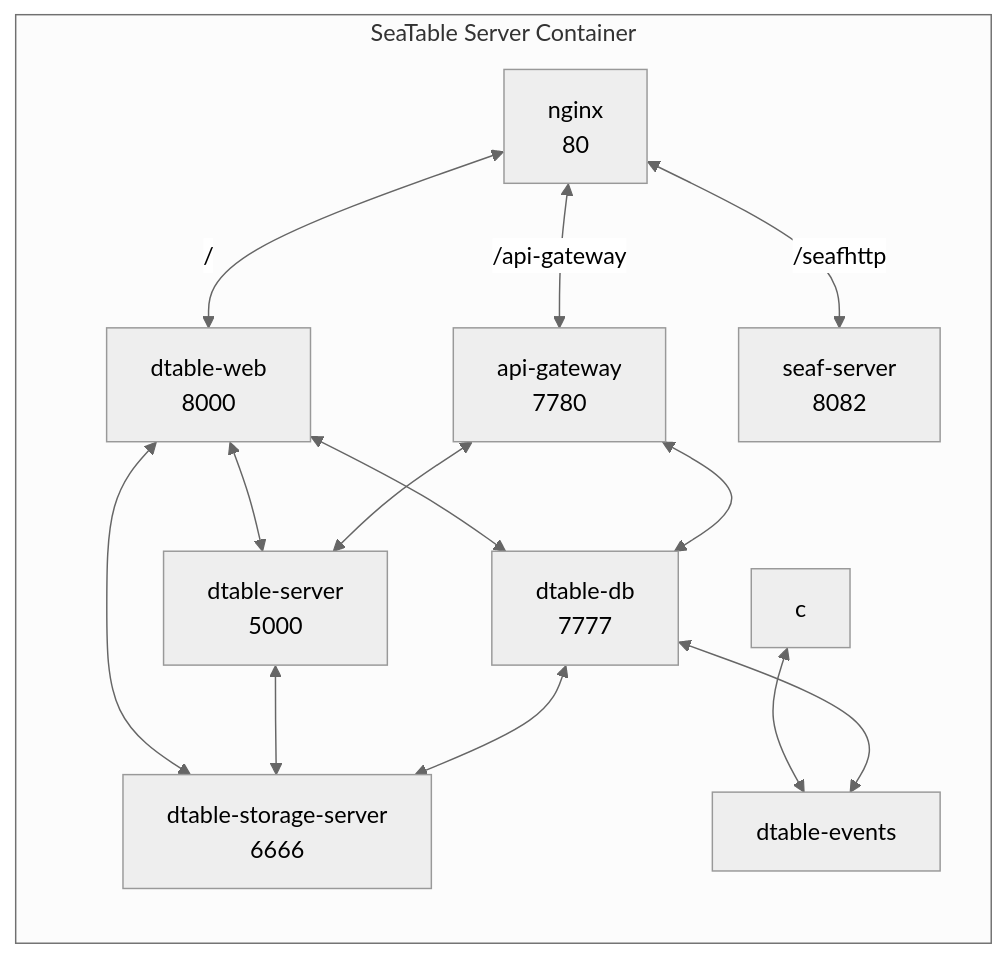
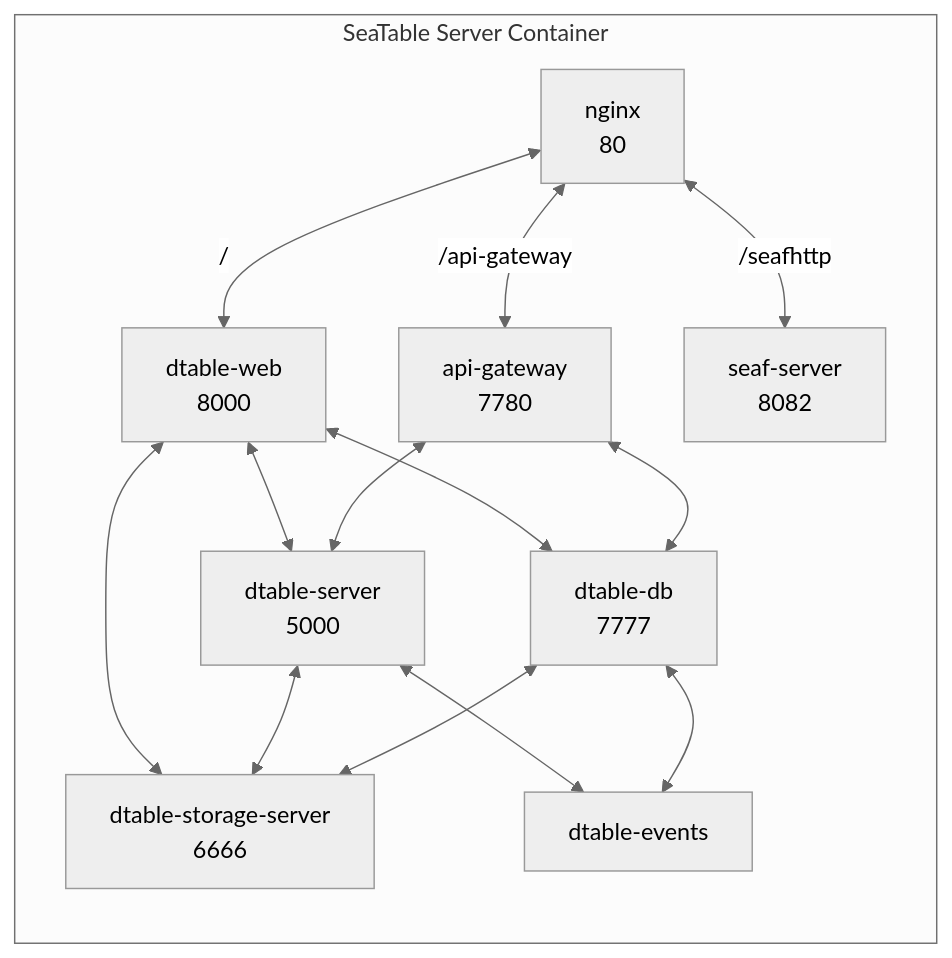
One commit to seatable/seatable-admin-docs changed the second of 2 diagrams in docs/introduction/architecture.md. Above: the diagram before and after it, drawn with Mermaid (neutral theme).

Commit message:
Corrected diagramm for container seatable-server

````diff
--- a/docs/introduction/architecture.md
+++ b/docs/introduction/architecture.md
@@ -44,25 +44,25 @@
 ```mermaid
 flowchart LR
     subgraph s[SeaTable Server Container]
         A[nginx<br/>80]
         B[dtable-web<br/>8000]
         C[dtable-server<br/>5000]
         D[dtable-db<br/>7777]
         E[api-gateway<br/>7780]
         F[dtable-storage-server<br/>6666]
         G[dtable-events]
         H[seaf-server<br/>8082]
         A<-- / -->B
         A<-- /api-gateway -->E
         A<-- /seafhttp -->H
         B<-->C
         B<-->D
         B<-->F
         E<-->C
         E<-->D
         C<-->F
-        c<-->G
+        C<-->G
         D<-->F
         D<-->G
     end
 ```
````
